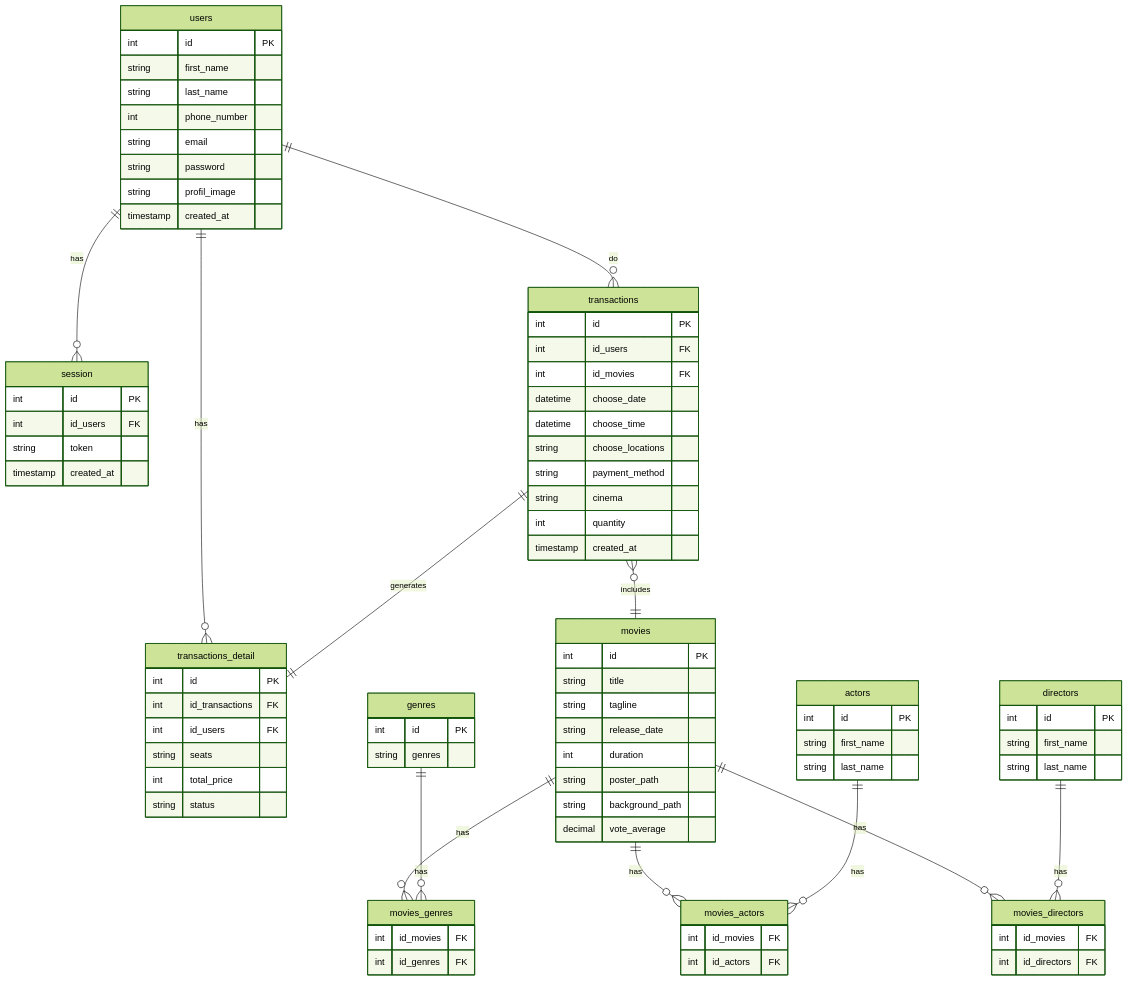
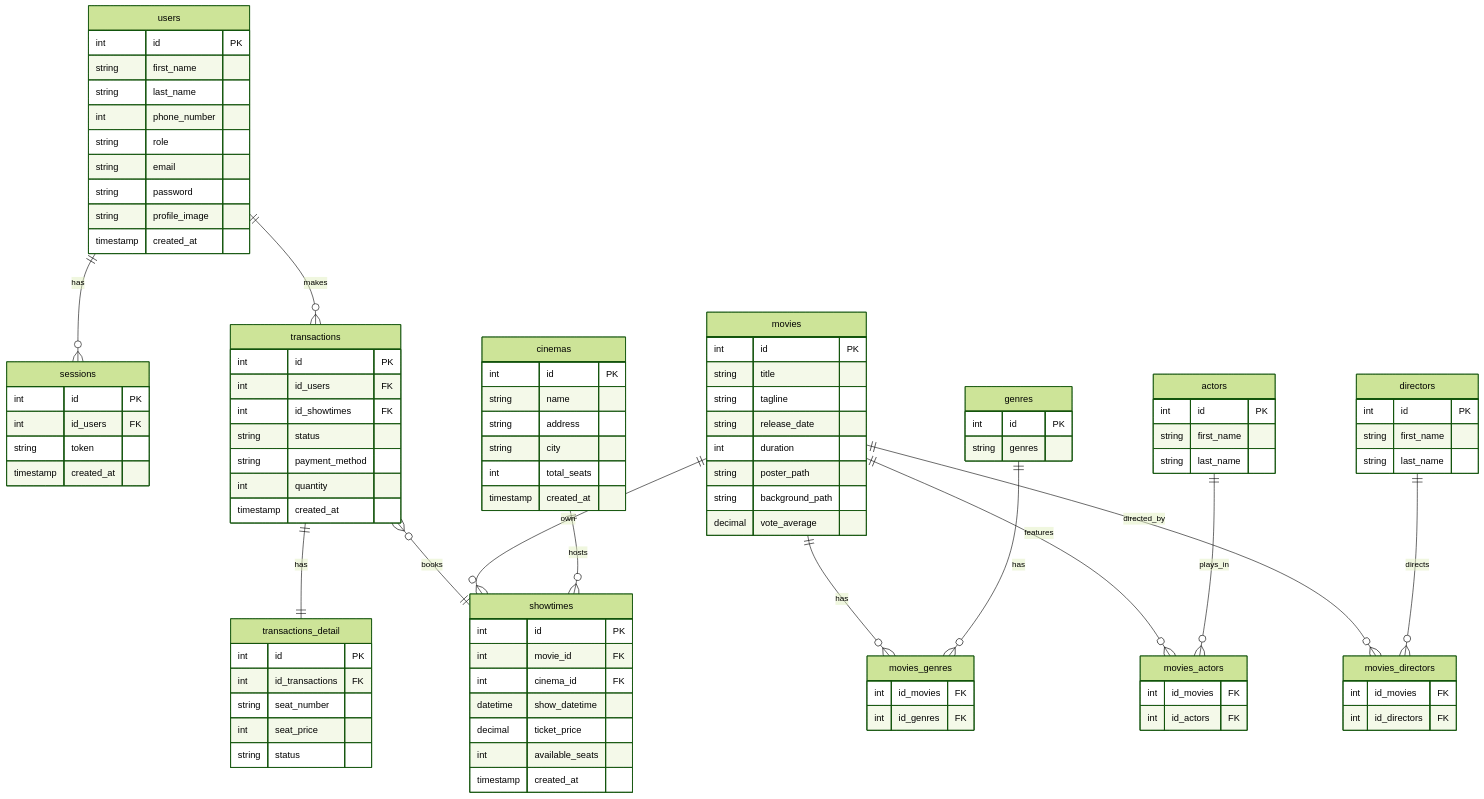
Before and after one commit to Dwaysetya/fgo24-db-weeklytask: the diagram in README.md, drawn with Mermaid (forest theme). The commit also changed 2 other files, not shown here.

Commit message:
feat: add data dummy

````diff
--- a/README.md
+++ b/README.md
@@ -6,21 +6,24 @@
 
 erDiagram
 
-users ||--o{ session : has
-users ||--o{ transactions: do
-users ||--o{ transactions_detail: has
-transactions ||--|| transactions_detail: generates
 
-transactions }o--|| movies : includes
+users ||--o{ sessions : has
+users ||--o{ transactions: makes
+transactions ||--|| transactions_detail: has
+
+transactions }o--|| showtimes : books
+
+movies ||--o{ showtimes : own
+cinemas ||--o{ showtimes : hosts
 
 movies ||--o{ movies_genres : has
 genres ||--o{ movies_genres : has
 
-movies ||--o{movies_actors : has
-actors ||--o{movies_actors : has
+movies ||--o{ movies_actors : features
+actors ||--o{ movies_actors : plays_in
 
-movies ||--o{movies_directors : has
-directors ||--o{movies_directors : has
+movies ||--o{ movies_directors : directed_by
+directors ||--o{ movies_directors : directs
 
 
 users{
@@ -28,13 +31,14 @@
     string      first_name
     string      last_name
     int         phone_number
+    string      role
     string      email
     string      password
-    string      profil_image
+    string      profile_image
     timestamp   created_at
 }
 
-session {
+sessions {
     int         id          PK
     int         id_users    FK
     string      token
@@ -87,12 +91,9 @@
 transactions{
     int         id                  PK
     int         id_users            FK
-    int         id_movies           FK
-    datetime    choose_date
-    datetime    choose_time
-    string      choose_locations
+    int         id_showtimes        FK
+    string      status
     string      payment_method
-    string      cinema
     int         quantity
     timestamp   created_at
 }
@@ -100,11 +101,30 @@
 transactions_detail{
     int     id                  PK
     int     id_transactions     FK
-    int     id_users            FK
-    string  seats
-    int     total_price
+    string  seat_number
+    int     seat_price
     string  status
 }
 
+showtimes {
+    int         id              PK
+    int         movie_id        FK
+    int         cinema_id       FK
+    datetime    show_datetime
+    decimal     ticket_price
+    int         available_seats
+    timestamp   created_at
+}
+
+cinemas {
+    int         id          PK
+    string      name
+    string      address
+    string      city
+    int         total_seats
+    timestamp   created_at
+}
+
+
 
 ```
````
